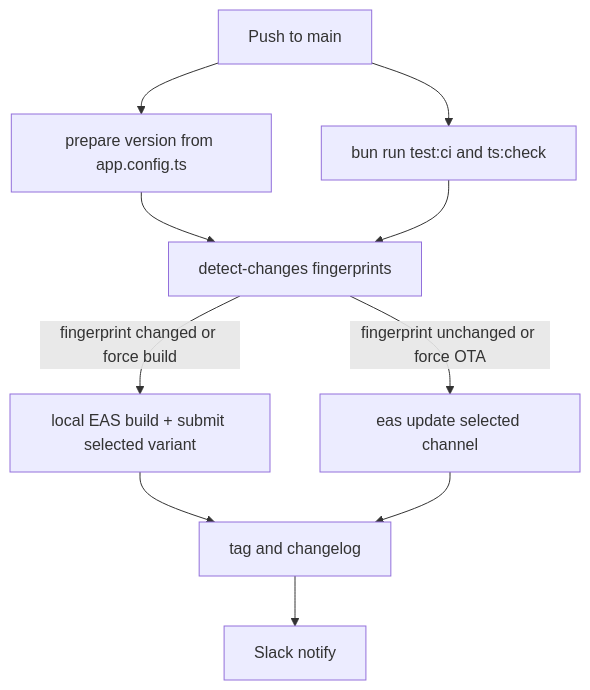
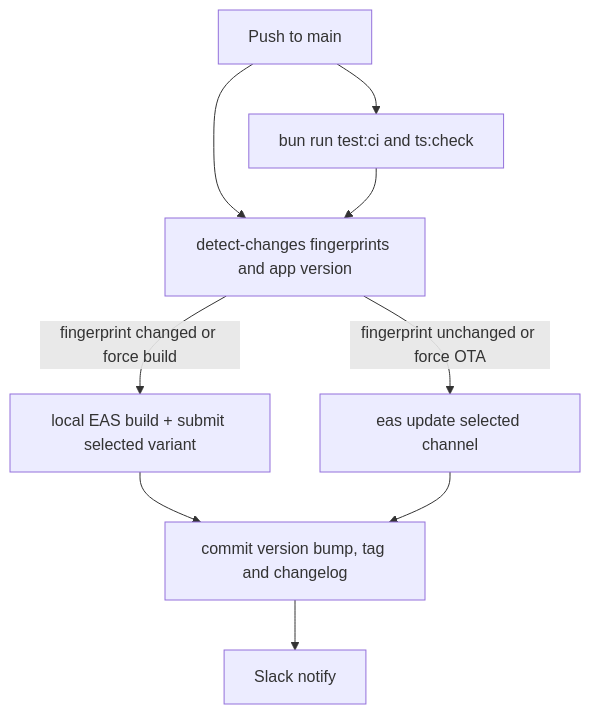
One commit to luke-h1/foam changed the second of 4 diagrams in README.md. Above: the diagram before and after it, drawn with Mermaid. The commit also changed other lines of this file and 6 other files, not shown here.

First line of the commit message:
feat(release): comment OTA compatibility on PRs and bump the version on native builds

````diff
--- a/README.md
+++ b/README.md
@@ -527,12 +527,11 @@
 ```mermaid
 flowchart TD
-  A[Push to main] --> P[prepare version from app.config.ts]
+  A[Push to main] --> D[detect-changes fingerprints and app version]
   A --> T[bun run test:ci and ts:check]
-  P --> D[detect-changes fingerprints]
   T --> D
   D -->|fingerprint changed or force build| B[local EAS build + submit selected variant]
   D -->|fingerprint unchanged or force OTA| U[eas update selected channel]
-  B --> R[tag and changelog]
+  B --> R[commit version bump, tag and changelog]
   U --> R
   R --> S[Slack notify]
 ```
````
